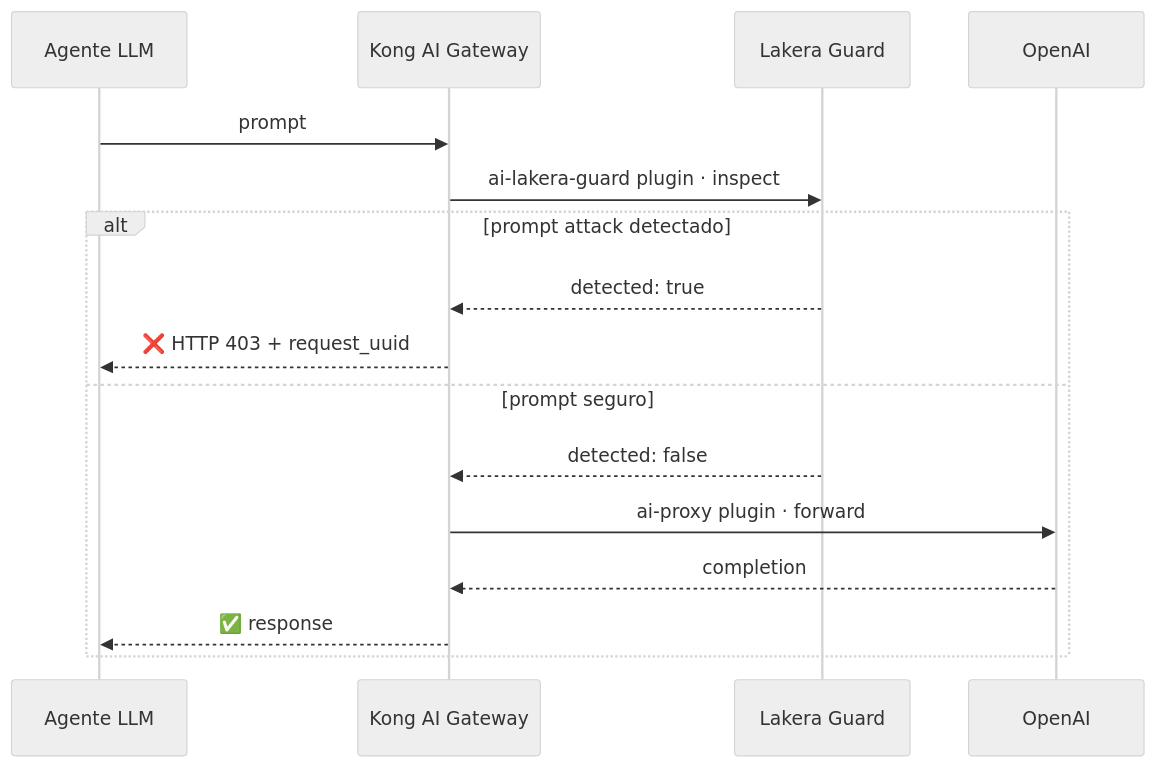
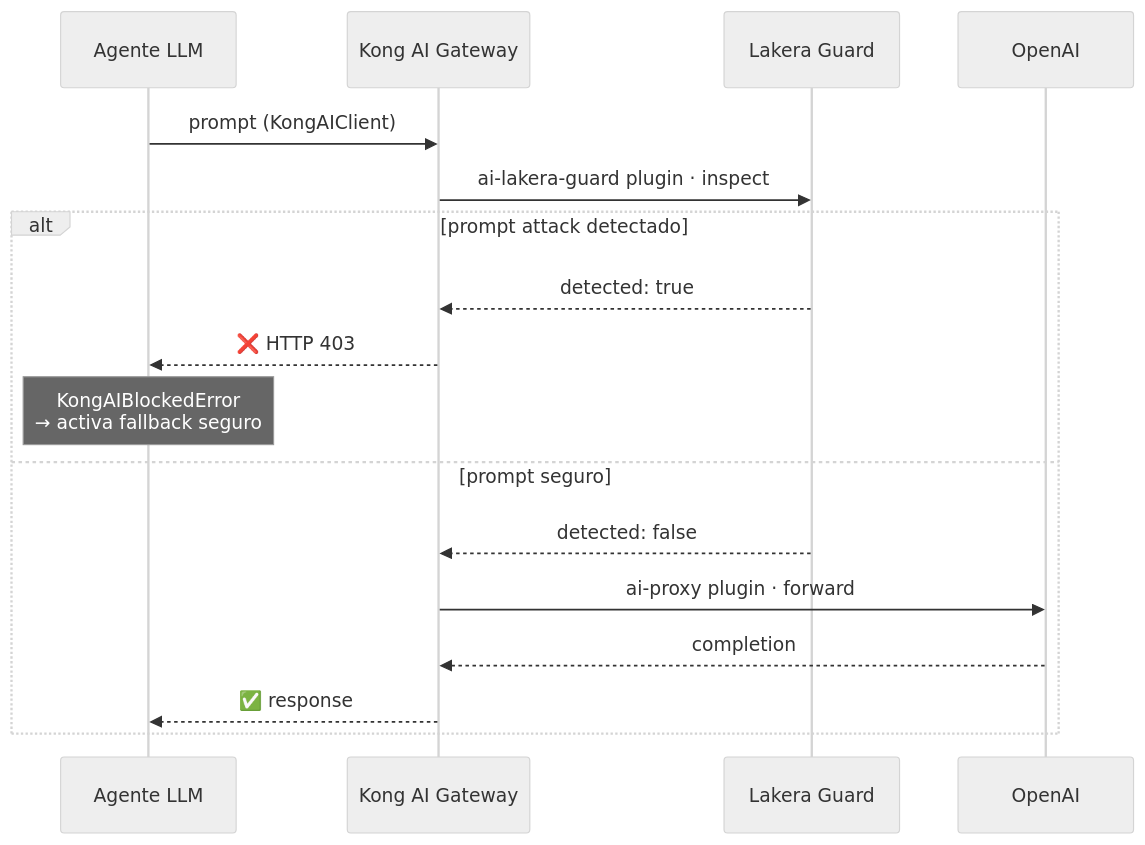
The third of 3 diagrams in README.md (dcambronero/soc-copilot-agentic-ai-kong-lakera-langgraph), drawn with Mermaid (neutral theme) before and after one commit. The commit also changed other lines of this file, not shown here.

Commit message:
Update README with V6 architecture and deployment guide

````diff
--- a/README.md
+++ b/README.md
@@ -285,19 +364,20 @@
 ```mermaid
 sequenceDiagram
     participant A as Agente LLM
     participant K as Kong AI Gateway
     participant L as Lakera Guard
     participant O as OpenAI
 
-    A->>K: prompt
+    A->>K: prompt (KongAIClient)
     K->>L: ai-lakera-guard plugin · inspect
     alt prompt attack detectado
         L-->>K: detected: true
-        K-->>A: ❌ HTTP 403 + request_uuid
+        K-->>A: ❌ HTTP 403
+        Note over A: KongAIBlockedError<br/>→ activa fallback seguro
     else prompt seguro
         L-->>K: detected: false
         K->>O: ai-proxy plugin · forward
         O-->>K: completion
         K-->>A: ✅ response
     end
 ```
````
